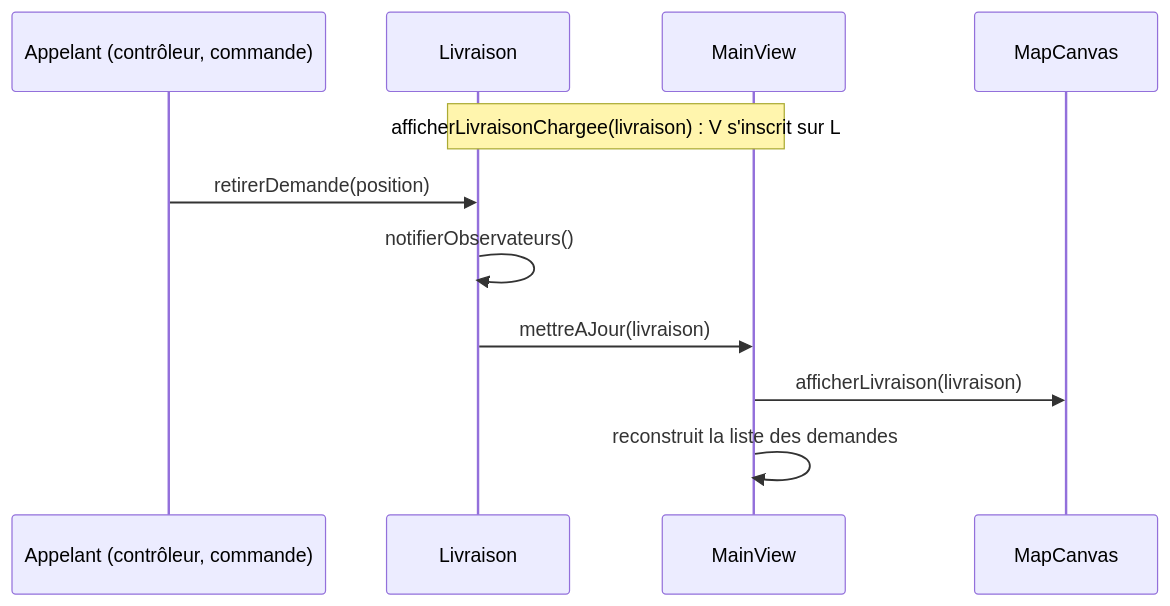
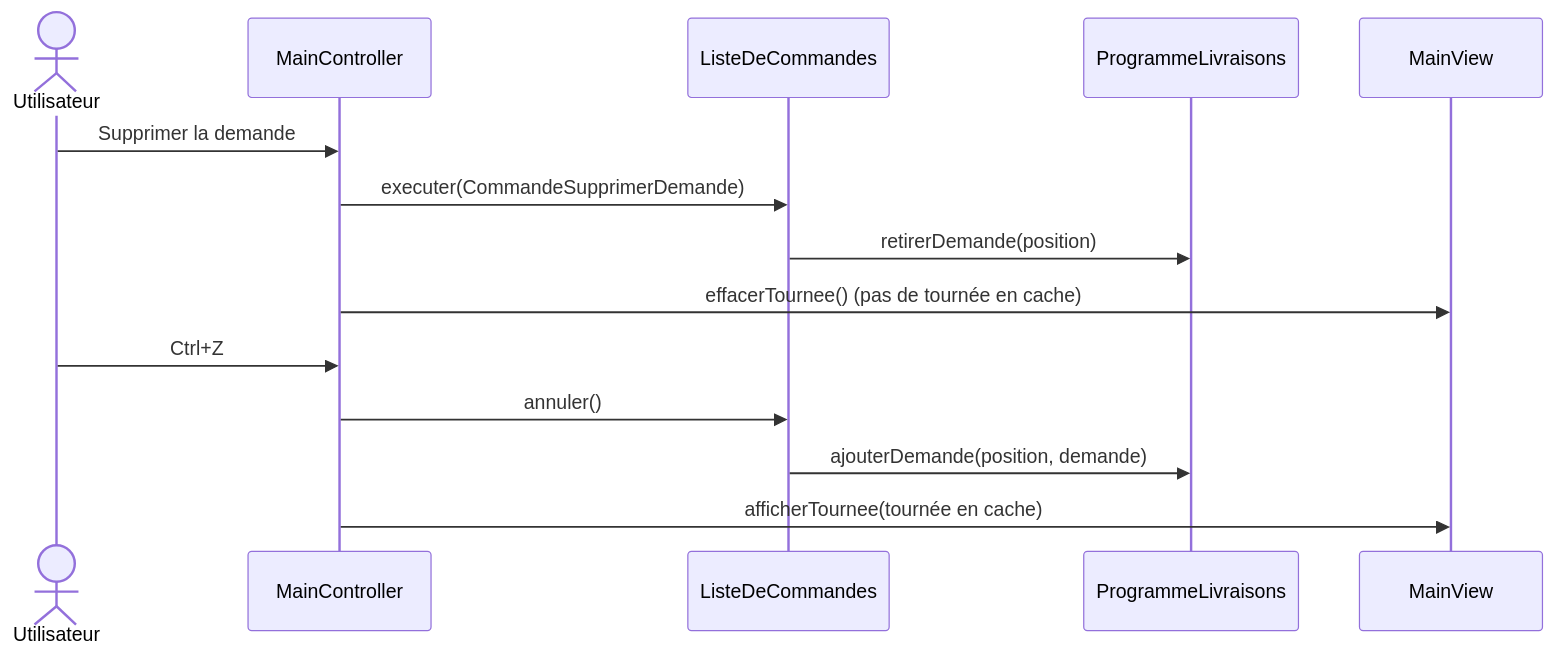
One commit to tristanhp/Optimod-Lyon changed the third of 3 diagrams in docs/diagrams/README.md. Above: the diagram before and after it, drawn with Mermaid. The commit also changed other lines of this file and 65 other files, not shown here.

````diff
--- a/docs/diagrams/README.md
+++ b/docs/diagrams/README.md
@@ -194,13 +75,16 @@
 ```mermaid
 sequenceDiagram
-    participant X as Appelant (contrôleur, commande)
-    participant L as Livraison
+    actor U as Utilisateur
+    participant C as MainController
+    participant H as ListeDeCommandes
+    participant L as ProgrammeLivraisons
     participant V as MainView
-    participant M as MapCanvas
-    Note over V,L: afficherLivraisonChargee(livraison) : V s'inscrit sur L
-    X->>L: retirerDemande(position)
-    L->>L: notifierObservateurs()
-    L->>V: mettreAJour(livraison)
-    V->>M: afficherLivraison(livraison)
-    V->>V: reconstruit la liste des demandes
+    U->>C: Supprimer la demande
+    C->>H: executer(CommandeSupprimerDemande)
+    H->>L: retirerDemande(position)
+    C->>V: effacerTournee() (pas de tournée en cache)
+    U->>C: Ctrl+Z
+    C->>H: annuler()
+    H->>L: ajouterDemande(position, demande)
+    C->>V: afficherTournee(tournée en cache)
 ```
````
